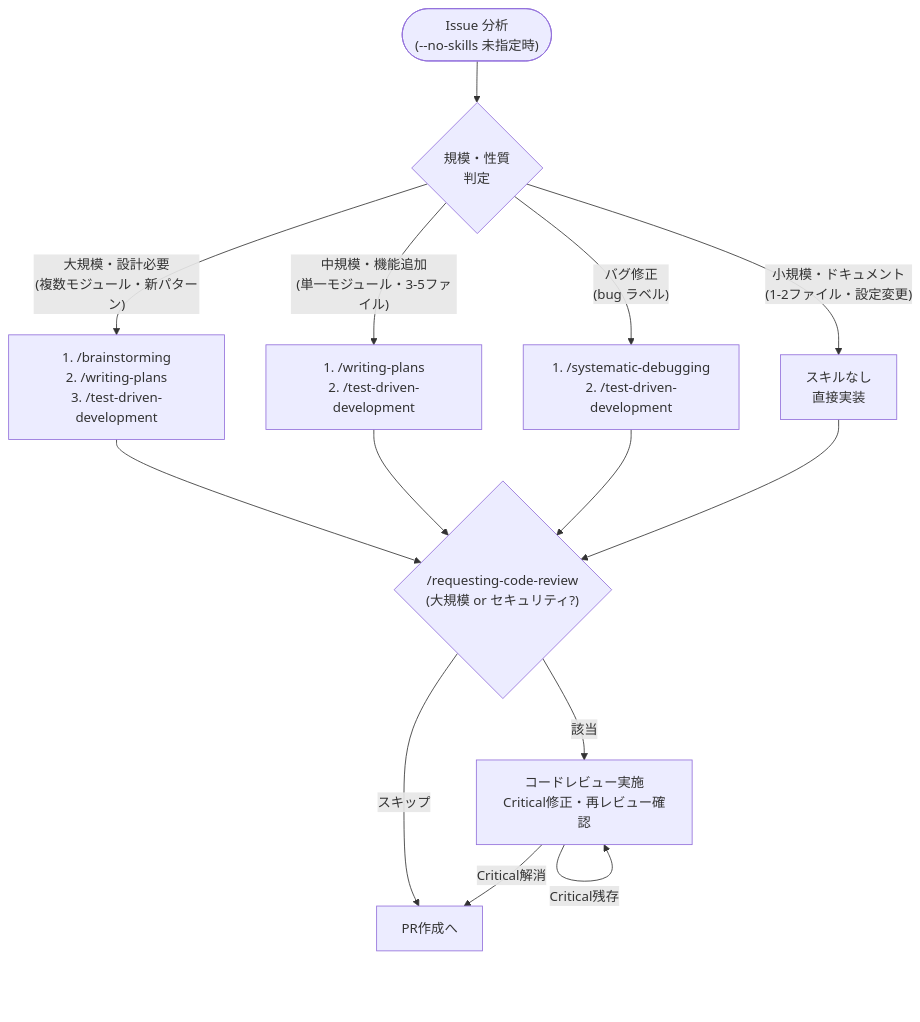
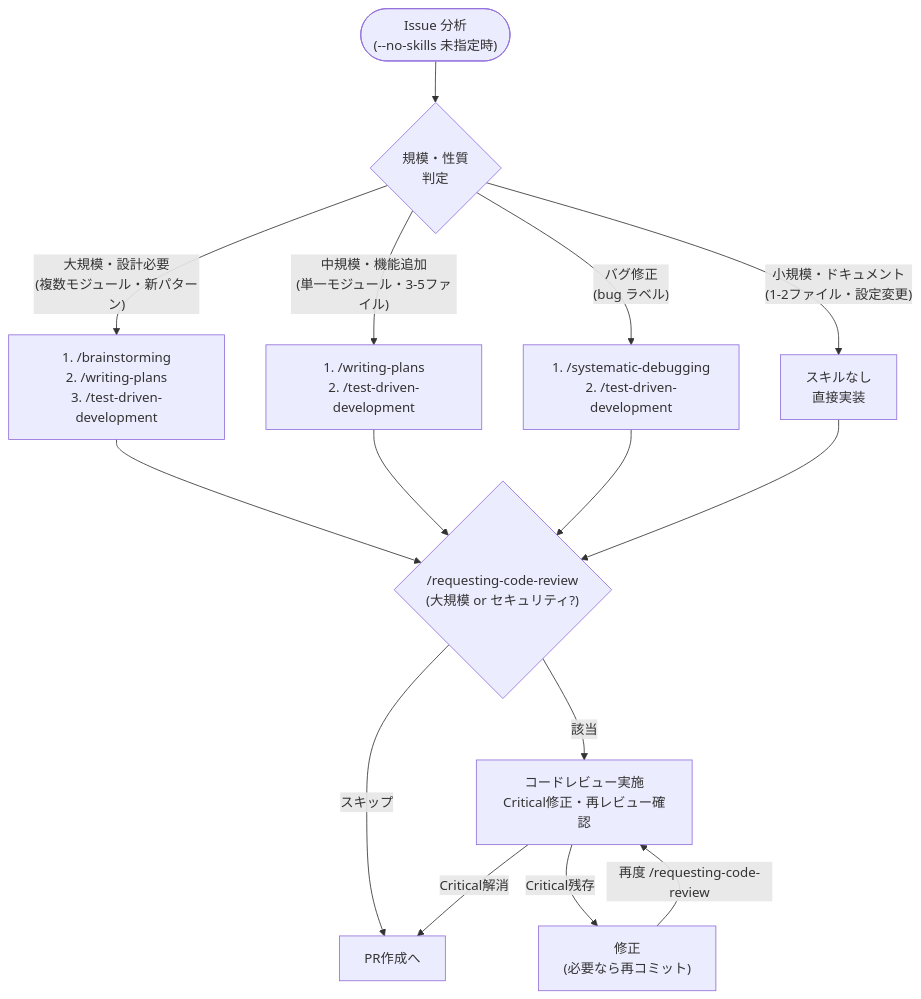
Before and after one commit to KdavisO/claude-project-template: the seventh of 9 diagrams in docs/command-orchestration.md, drawn with Mermaid.

Commit message:
fix: 6aフロー図のCriticalループを修正→再コミット→再レビューの手順に修正

````diff
--- a/docs/command-orchestration.md
+++ b/docs/command-orchestration.md
@@ -211,17 +211,18 @@
 ```mermaid
 flowchart TD
     Issue(["Issue 分析\n(--no-skills 未指定時)"]) --> Judge{"規模・性質\n判定"}
     Judge -->|"大規模・設計必要\n(複数モジュール・新パターン)"| Large["1. /brainstorming\n2. /writing-plans\n3. /test-driven-development"]
     Judge -->|"中規模・機能追加\n(単一モジュール・3-5ファイル)"| Medium["1. /writing-plans\n2. /test-driven-development"]
     Judge -->|"バグ修正\n(bug ラベル)"| BugFix["1. /systematic-debugging\n2. /test-driven-development"]
     Judge -->|"小規模・ドキュメント\n(1-2ファイル・設定変更)"| Small["スキルなし\n直接実装"]
 
     Large --> Review{"/requesting-code-review\n(大規模 or セキュリティ?)"}
     Medium --> Review
     BugFix --> Review
     Small --> Review
     Review -->|"該当"| RCR["コードレビュー実施\nCritical修正・再レビュー確認"]
     Review -->|"スキップ"| PR["PR作成へ"]
     RCR -->|"Critical解消"| PR
-    RCR -->|"Critical残存"| RCR
+    RCR -->|"Critical残存"| Fix["修正\n(必要なら再コミット)"]
+    Fix -->|"再度 /requesting-code-review"| RCR
 ```
````
